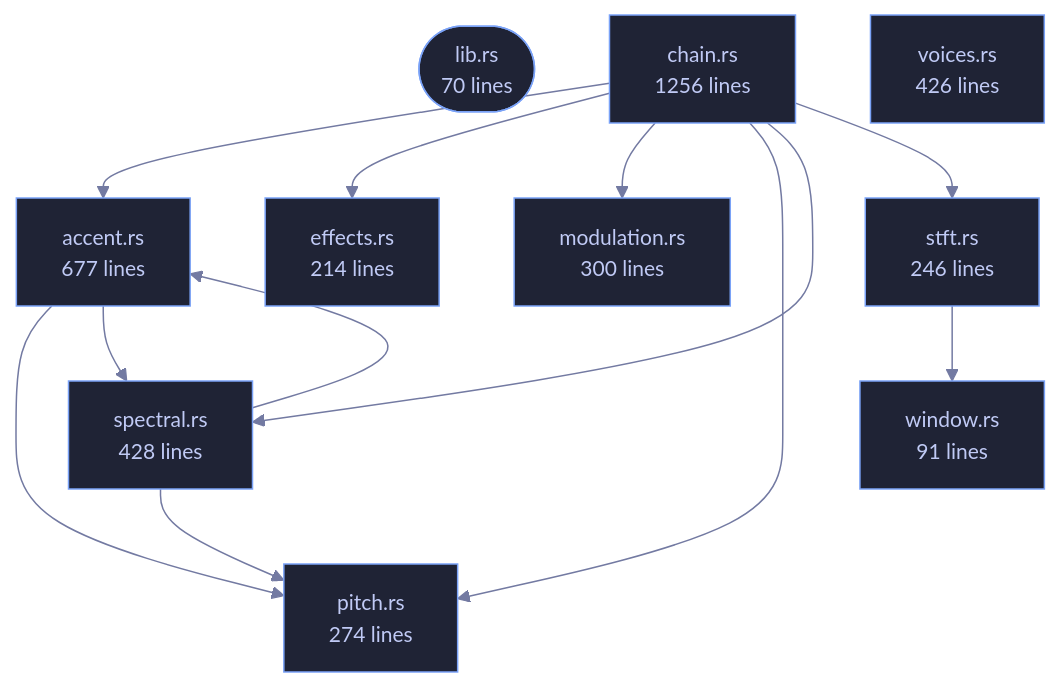
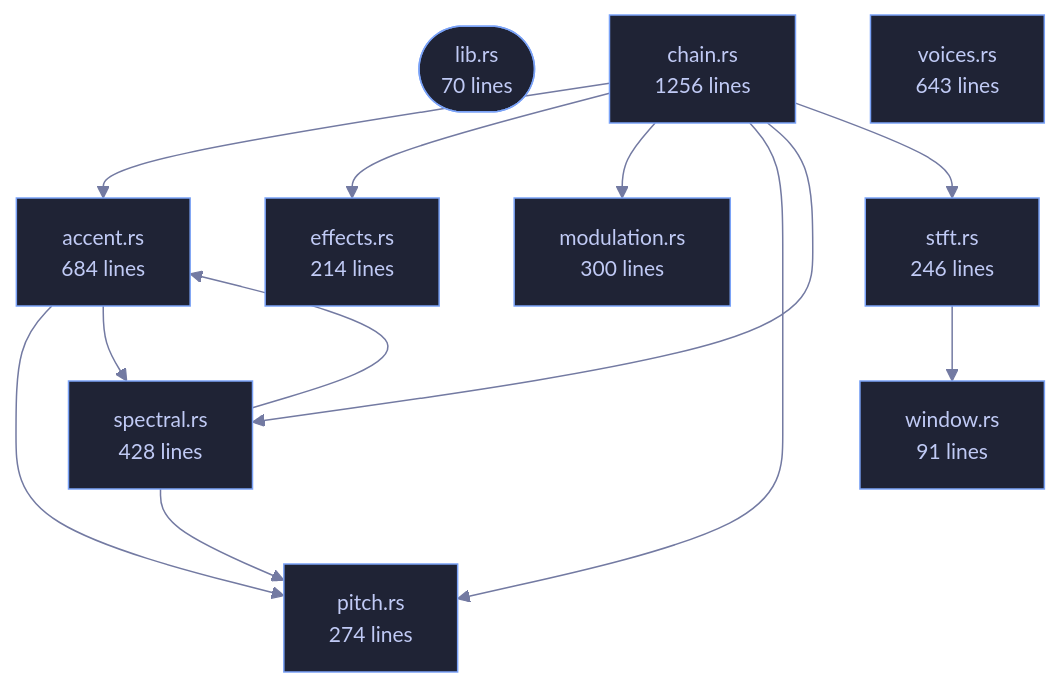
One commit to tilas01/veilvoice changed the diagram in crates/veilvoice-core/README.md. Above: the diagram before and after it, drawn with Mermaid. The commit also changed other lines of this file and 43 other files, not shown here.

````diff
--- a/crates/veilvoice-core/README.md
+++ b/crates/veilvoice-core/README.md
@@ -81,35 +81,35 @@
 ```mermaid
 %%{init: {"theme":"base","themeVariables":{"background":"#1a1b26","primaryColor":"#1f2335","primaryTextColor":"#c0caf5","primaryBorderColor":"#7aa2f7","secondaryColor":"#16161e","tertiaryColor":"#16161e","lineColor":"#737aa2","textColor":"#c0caf5","mainBkg":"#1f2335","nodeBorder":"#7aa2f7","clusterBkg":"#16161e","clusterBorder":"#2f3549","fontFamily":"ui-monospace, SFMono-Regular, Consolas, monospace","fontSize":"14px"}}}%%
 flowchart TD
     n_lib(["lib.rs<br/>70 lines"])
-    n_accent["accent.rs<br/>677 lines"]
+    n_accent["accent.rs<br/>684 lines"]
     n_chain["chain.rs<br/>1256 lines"]
     n_effects["effects.rs<br/>214 lines"]
     n_modulation["modulation.rs<br/>300 lines"]
     n_pitch["pitch.rs<br/>274 lines"]
     n_spectral["spectral.rs<br/>428 lines"]
     n_stft["stft.rs<br/>246 lines"]
-    n_voices["voices.rs<br/>426 lines"]
+    n_voices["voices.rs<br/>643 lines"]
     n_window["window.rs<br/>91 lines"]
     n_accent --> n_pitch
     n_accent --> n_spectral
     n_chain --> n_accent
     n_chain --> n_effects
     n_chain --> n_modulation
     n_chain --> n_pitch
     n_chain --> n_spectral
     n_chain --> n_stft
     n_spectral --> n_accent
     n_spectral --> n_pitch
     n_stft --> n_window
     click n_lib href "https://github.com/tilas01/veilvoice/blob/main/crates/veilvoice-core/src/lib.rs" "open the source"
     click n_accent href "https://github.com/tilas01/veilvoice/blob/main/crates/veilvoice-core/src/accent.rs" "open the source"
     click n_chain href "https://github.com/tilas01/veilvoice/blob/main/crates/veilvoice-core/src/chain.rs" "open the source"
     click n_effects href "https://github.com/tilas01/veilvoice/blob/main/crates/veilvoice-core/src/effects.rs" "open the source"
     click n_modulation href "https://github.com/tilas01/veilvoice/blob/main/crates/veilvoice-core/src/modulation.rs" "open the source"
     click n_pitch href "https://github.com/tilas01/veilvoice/blob/main/crates/veilvoice-core/src/pitch.rs" "open the source"
     click n_spectral href "https://github.com/tilas01/veilvoice/blob/main/crates/veilvoice-core/src/spectral.rs" "open the source"
     click n_stft href "https://github.com/tilas01/veilvoice/blob/main/crates/veilvoice-core/src/stft.rs" "open the source"
     click n_voices href "https://github.com/tilas01/veilvoice/blob/main/crates/veilvoice-core/src/voices.rs" "open the source"
     click n_window href "https://github.com/tilas01/veilvoice/blob/main/crates/veilvoice-core/src/window.rs" "open the source"
 ```
````
